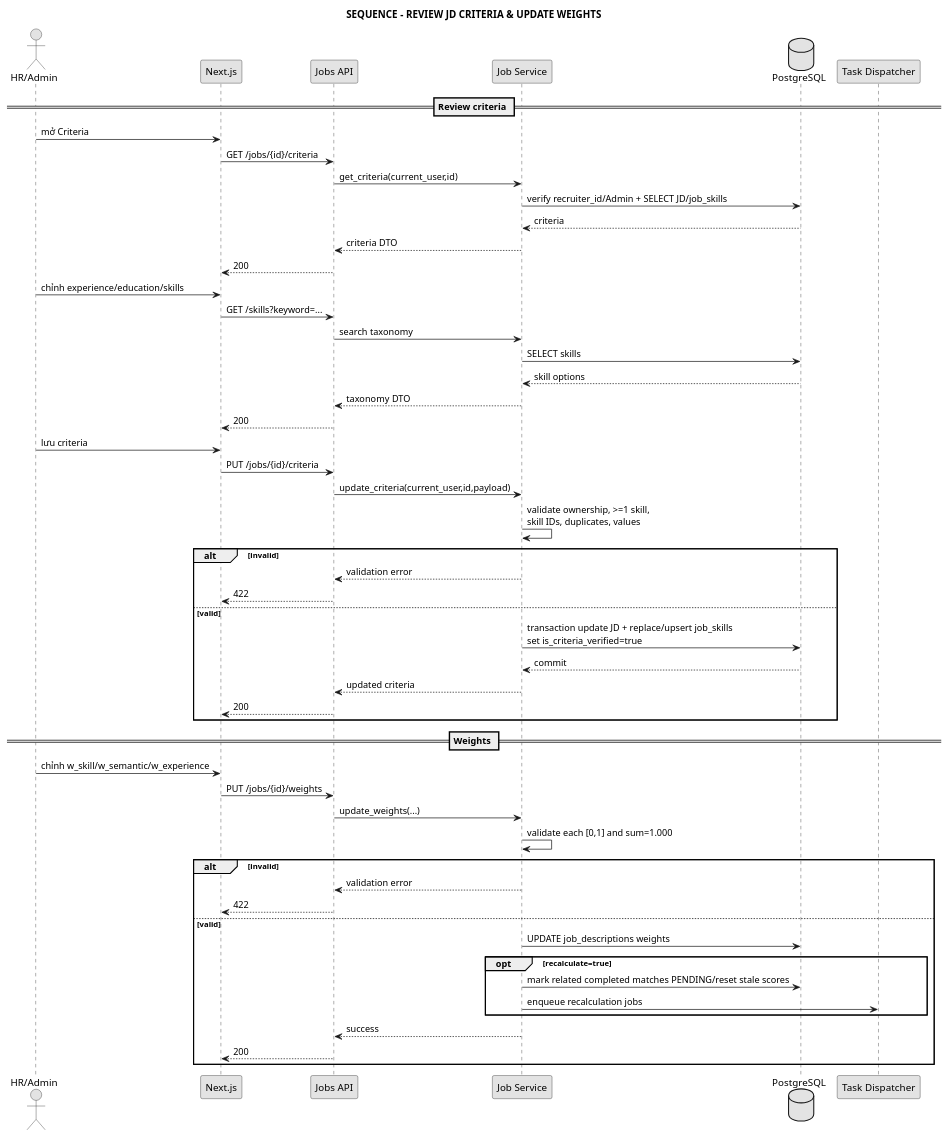
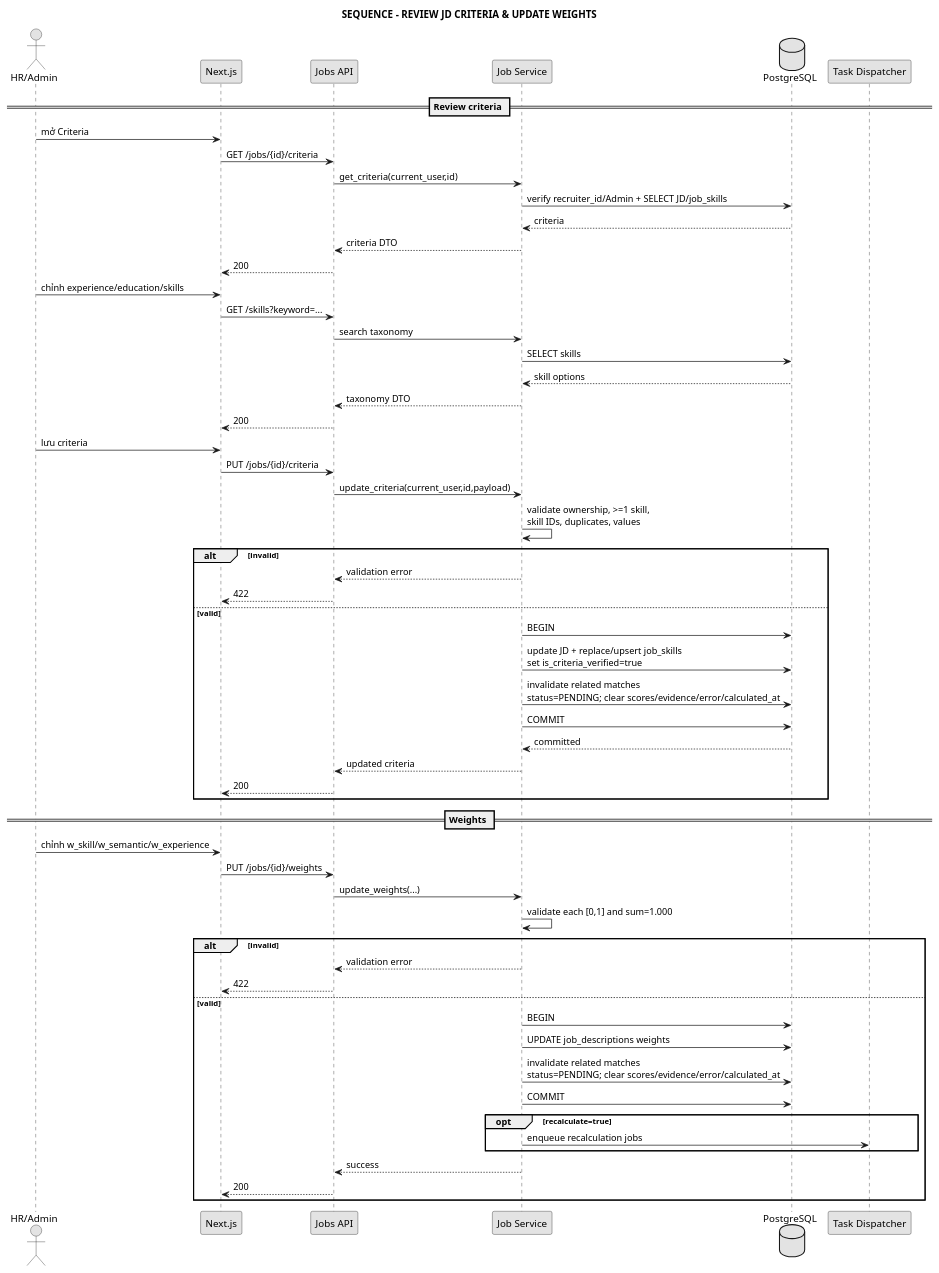
The diagram in docs/04_sequence/seq_job_criteria_weights.puml (anh632k-ui/WebCVUngVienTuyenDung), drawn with PlantUML before and after one commit.

Commit message:
fix(pttk): make criteria and weight invalidation mandatory in sequence

```diff
--- a/docs/04_sequence/seq_job_criteria_weights.puml
+++ b/docs/04_sequence/seq_job_criteria_weights.puml
@@ -1,63 +1,68 @@
 @startuml
 skinparam monochrome true
 skinparam shadowing false
 
 title SEQUENCE - REVIEW JD CRITERIA & UPDATE WEIGHTS
 
 actor "HR/Admin" as User
 participant "Next.js" as FE
 participant "Jobs API" as API
 participant "Job Service" as Service
 database "PostgreSQL" as DB
 participant "Task Dispatcher" as Dispatcher
 
 == Review criteria ==
 User -> FE : mở Criteria
 FE -> API : GET /jobs/{id}/criteria
 API -> Service : get_criteria(current_user,id)
 Service -> DB : verify recruiter_id/Admin + SELECT JD/job_skills
 DB --> Service : criteria
 Service --> API : criteria DTO
 API --> FE : 200
 
 User -> FE : chỉnh experience/education/skills
 FE -> API : GET /skills?keyword=...
 API -> Service : search taxonomy
 Service -> DB : SELECT skills
 DB --> Service : skill options
 Service --> API : taxonomy DTO
 API --> FE : 200
 
 User -> FE : lưu criteria
 FE -> API : PUT /jobs/{id}/criteria
 API -> Service : update_criteria(current_user,id,payload)
 Service -> Service : validate ownership, >=1 skill,\nskill IDs, duplicates, values
 alt invalid
   Service --> API : validation error
   API --> FE : 422
 else valid
-  Service -> DB : transaction update JD + replace/upsert job_skills\nset is_criteria_verified=true
-  DB --> Service : commit
+  Service -> DB : BEGIN
+  Service -> DB : update JD + replace/upsert job_skills\nset is_criteria_verified=true
+  Service -> DB : invalidate related matches\nstatus=PENDING; clear scores/evidence/error/calculated_at
+  Service -> DB : COMMIT
+  DB --> Service : committed
   Service --> API : updated criteria
   API --> FE : 200
 end
 
 == Weights ==
 User -> FE : chỉnh w_skill/w_semantic/w_experience
 FE -> API : PUT /jobs/{id}/weights
 API -> Service : update_weights(...)
 Service -> Service : validate each [0,1] and sum=1.000
 alt invalid
   Service --> API : validation error
   API --> FE : 422
 else valid
+  Service -> DB : BEGIN
   Service -> DB : UPDATE job_descriptions weights
+  Service -> DB : invalidate related matches\nstatus=PENDING; clear scores/evidence/error/calculated_at
+  Service -> DB : COMMIT
   opt recalculate=true
-    Service -> DB : mark related completed matches PENDING/reset stale scores
     Service -> Dispatcher : enqueue recalculation jobs
   end
   Service --> API : success
   API --> FE : 200
 end
 
 @enduml
```
